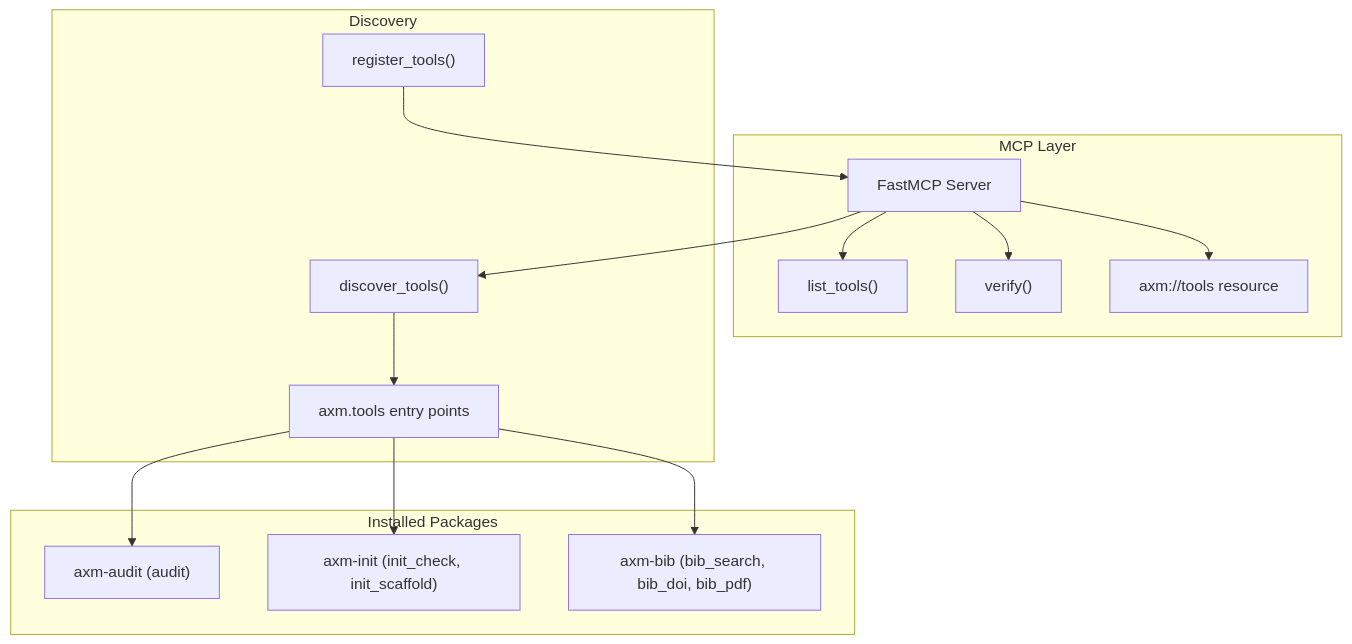
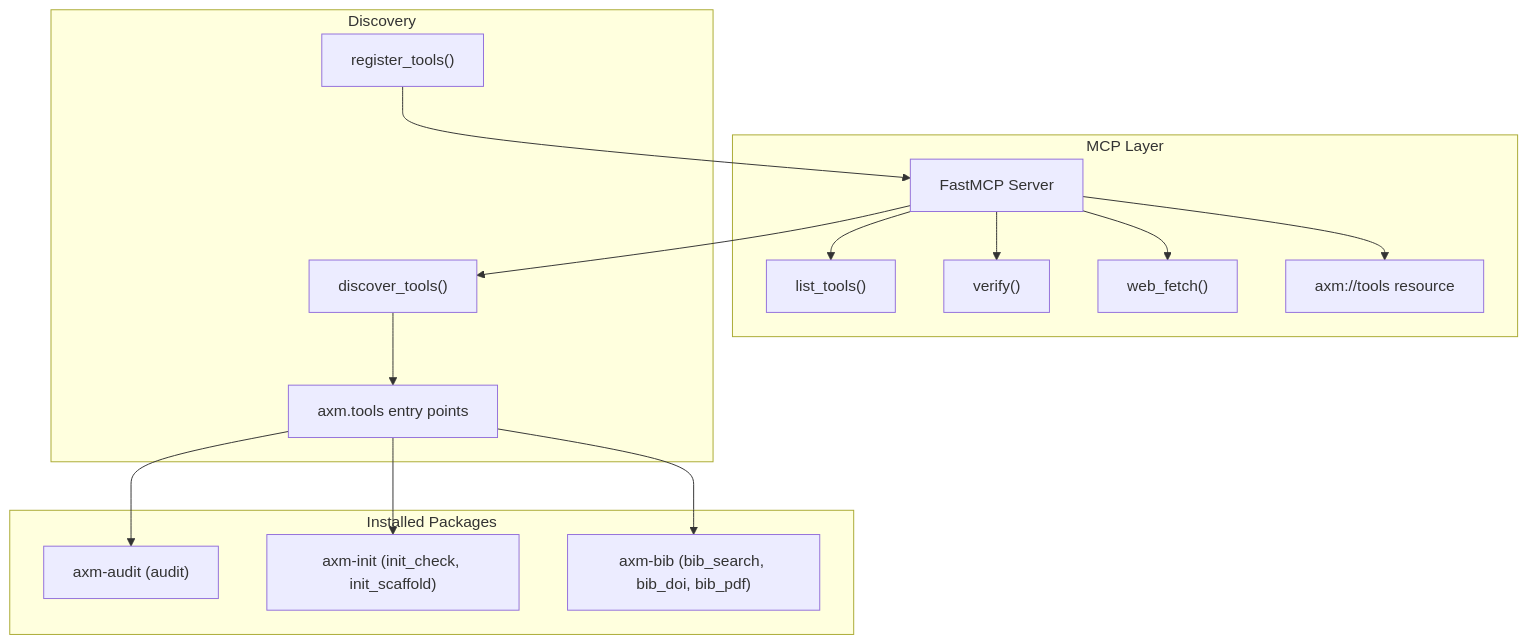
The diagram in docs/explanation/architecture.md (axm-protocols/axm-forge), drawn with Mermaid before and after one commit. The commit also changed other lines of this file and 1 other file, not shown here.

Commit message:
docs: add web_fetch to README and architecture [AXM-310]

````diff
--- a/docs/explanation/architecture.md
+++ b/docs/explanation/architecture.md
@@ -7,31 +7,33 @@
 ```mermaid
 graph TD
     subgraph "MCP Layer"
         Server["FastMCP Server"]
         ListTools["list_tools()"]
         Verify["verify()"]
+        WebFetch["web_fetch()"]
         Catalog["axm://tools resource"]
     end
 
     subgraph "Discovery"
         Discover["discover_tools()"]
         Register["register_tools()"]
         EP["axm.tools entry points"]
     end
 
     subgraph "Installed Packages"
         Audit["axm-audit (audit)"]
         Init["axm-init (init_check, init_scaffold)"]
         Bib["axm-bib (bib_search, bib_doi, bib_pdf)"]
     end
 
     Server --> ListTools
     Server --> Verify
+    Server --> WebFetch
     Server --> Catalog
     Server --> Discover
     Discover --> EP
     EP --> Audit
     EP --> Init
     EP --> Bib
     Register --> Server
 ```
````
